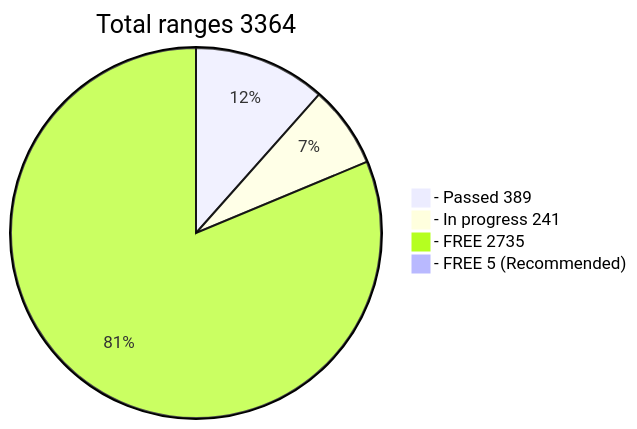
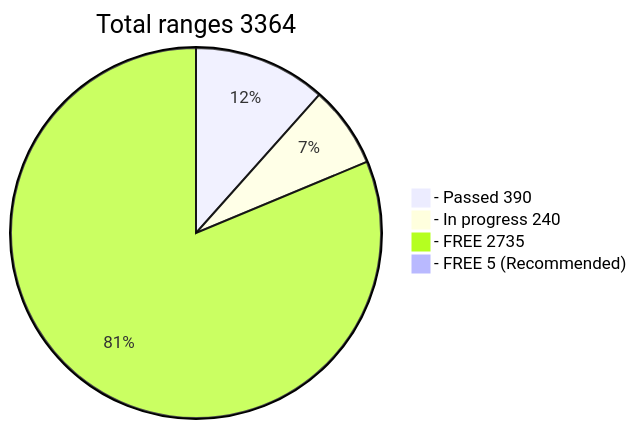
The diagram in README.md (phrutis/wif500), drawn with Mermaid before and after one commit.

````diff
--- a/README.md
+++ b/README.md
@@ -16,7 +16,7 @@
 ```mermaid
 pie title Total ranges 3364
-  "- Passed 389" : 389
-  "- In progress 241" : 241
+  "- Passed 390" : 390
+  "- In progress 240" : 240
   "- FREE 2735" : 2735
   "- FREE 5 (Recommended)" : 5
 ```
````
